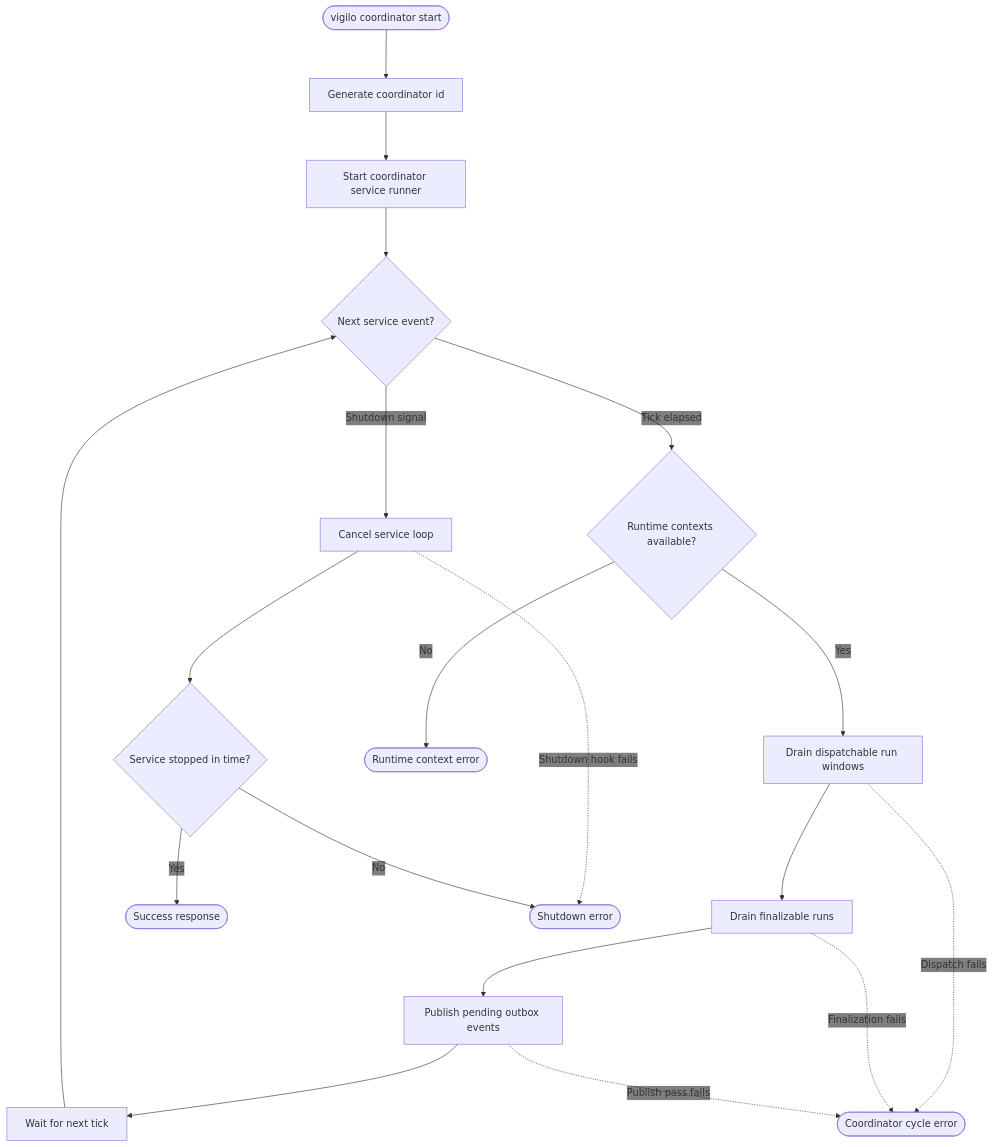
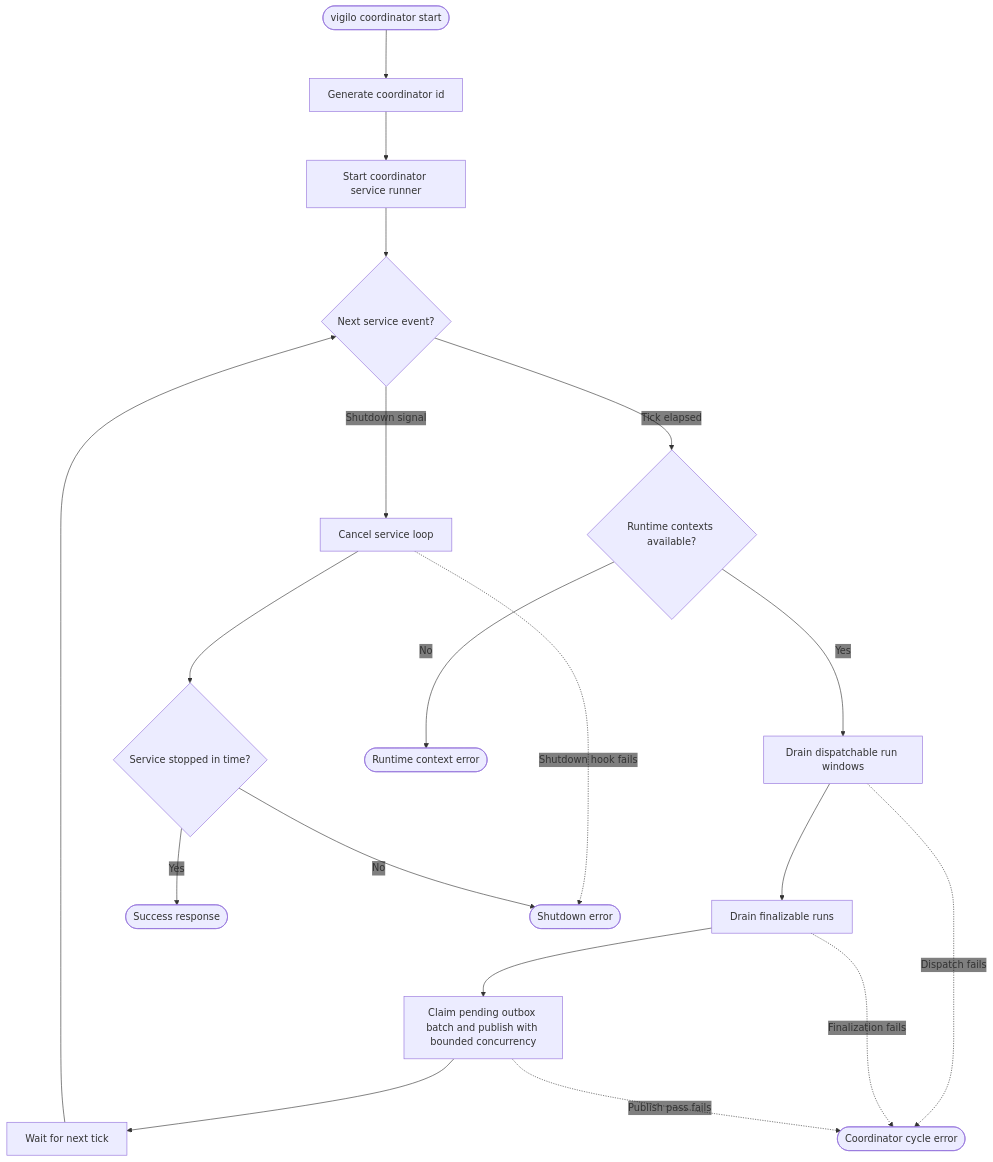
Before and after one commit to gregl83/agent-vigilo: the diagram in web/docs/architecture/flows/coordinator/start/decision-flow.mmd, drawn with Mermaid. The commit also changed 15 other files, not shown here.

```diff
--- a/web/docs/architecture/flows/coordinator/start/decision-flow.mmd
+++ b/web/docs/architecture/flows/coordinator/start/decision-flow.mmd
@@ -1,59 +1,59 @@
 ---
 config:
   flowchart:
     nodeSpacing: 150
     rankSpacing: 80
   themeVariables:
     edgeLabelBackground: 'transparent'
 ---
 flowchart TD
     Start([vigilo coordinator start])
 
     CoordinatorId[Generate coordinator id]
     Runner[Start coordinator service runner]
     Event{Next service event?}
     Contexts{Runtime contexts available?}
     Dispatch[Drain dispatchable run windows]
     Finalize[Drain finalizable runs]
-    Outbox[Publish pending outbox events]
+    Outbox[Claim pending outbox batch and publish with bounded concurrency]
     Wait[Wait for next tick]
     Shutdown[Cancel service loop]
     Stop{Service stopped in time?}
 
     Success([Success response])
 
     ContextFail([Runtime context error])
     CycleFail([Coordinator cycle error])
     ShutdownFail([Shutdown error])
 
     Start --> CoordinatorId
     CoordinatorId --> Runner
     Runner --> Event
 
     Event -- Tick elapsed --> Contexts
     Event -- Shutdown signal --> Shutdown
 
     Contexts -- No --> ContextFail
     Contexts -- Yes --> Dispatch
 
     Dispatch --> Finalize
     Dispatch -. Dispatch fails .-> CycleFail
 
     Finalize --> Outbox
     Finalize -. Finalization fails .-> CycleFail
 
     Outbox --> Wait
     Outbox -. Publish pass fails .-> CycleFail
 
     Wait --> Event
 
     Shutdown --> Stop
     Shutdown -. Shutdown hook fails .-> ShutdownFail
 
     Stop -- Yes --> Success
     Stop -- No --> ShutdownFail
 
     class Start command
     class Success success
     class CoordinatorId,Runner,Event,Contexts,Dispatch,Finalize,Outbox,Wait,Shutdown,Stop system
     class ContextFail,CycleFail,ShutdownFail error
```
